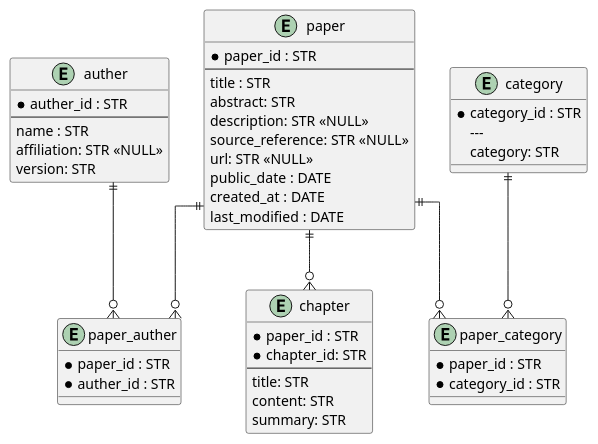
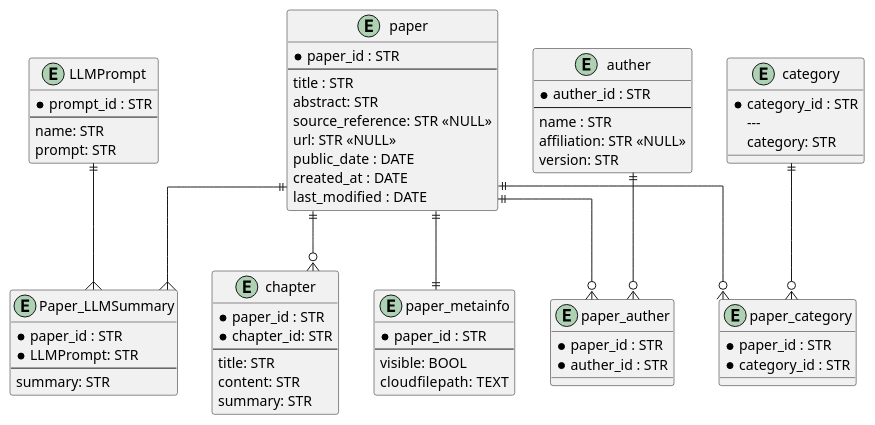
The diagram in documents/ER.puml (RyuichiHashimoto/paper-web), drawn with PlantUML before and after one commit. The commit also changed 1 other file, not shown here.

```diff
--- a/documents/ER.puml
+++ b/documents/ER.puml
@@ -1,63 +1,87 @@
 @startuml
 skinparam linetype ortho
 
 entity paper {
   * paper_id : STR
   ---
   title : STR
   abstract: STR
-  description: STR <<NULL>>
   source_reference: STR <<NULL>>
   url: STR <<NULL>>
   public_date : DATE 
   created_at : DATE 
   last_modified : DATE
+}
+
+entity LLMPrompt {
+  * prompt_id : STR
+  ---
+  name: STR
+  prompt: STR
+}
+
+entity Paper_LLMSummary {
+  * paper_id : STR
+  * LLMPrompt: STR
+  ---
+  summary: STR
+}
+
+entity paper_metainfo {
+  * paper_id : STR
+  ---
+  visible: BOOL
+  cloudfilepath:  TEXT
 }
 
 
 entity category {
   * category_id : STR
     ---
     category: STR
 }
 
 
 entity paper_auther {
   * paper_id : STR
   * auther_id : STR
     ' ---
 }
 
 entity paper_category {
   * paper_id : STR
   * category_id : STR
     ' ---
 }
 
 entity auther {
   * auther_id : STR
   ---
   name : STR
   affiliation: STR <<NULL>>
   version: STR
 }
 
 entity chapter {
   * paper_id : STR
   * chapter_id: STR
   ---
   title: STR
   content: STR
   summary: STR
 }
 
 paper ||--o{ chapter
 paper ||--o{ paper_auther
+paper ||--|| paper_metainfo
 auther ||--o{ paper_auther
 
 paper ||--o{ paper_category
 category ||--o{ paper_category
 
+paper ||--{ Paper_LLMSummary
+LLMPrompt ||--{ Paper_LLMSummary
+
 ' techniques || 
 
 @enduml
```
